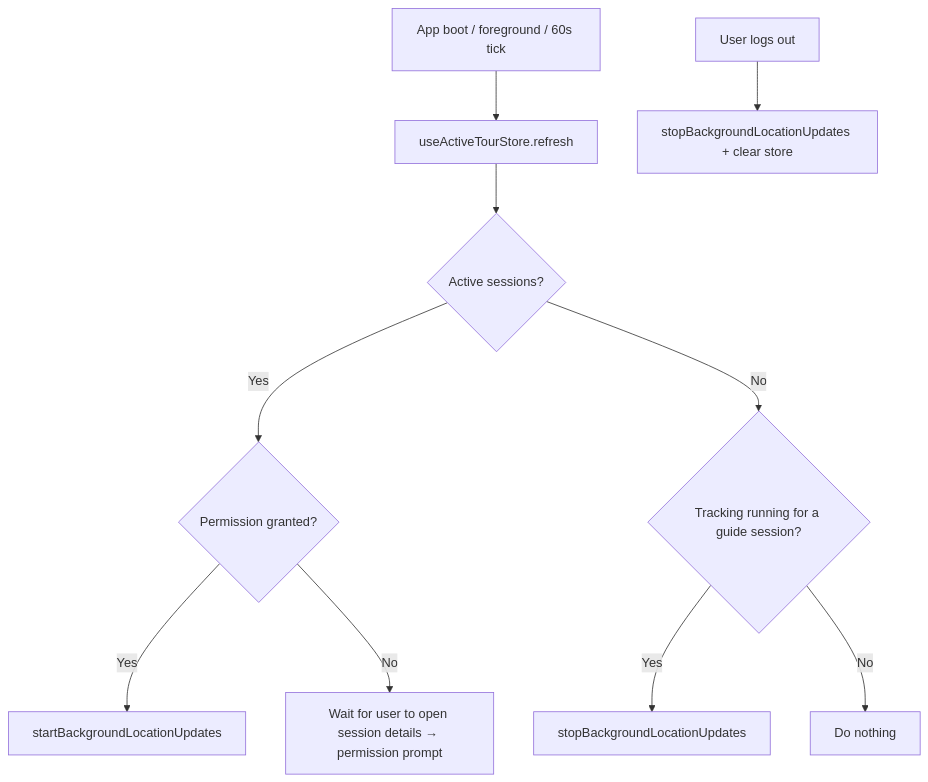
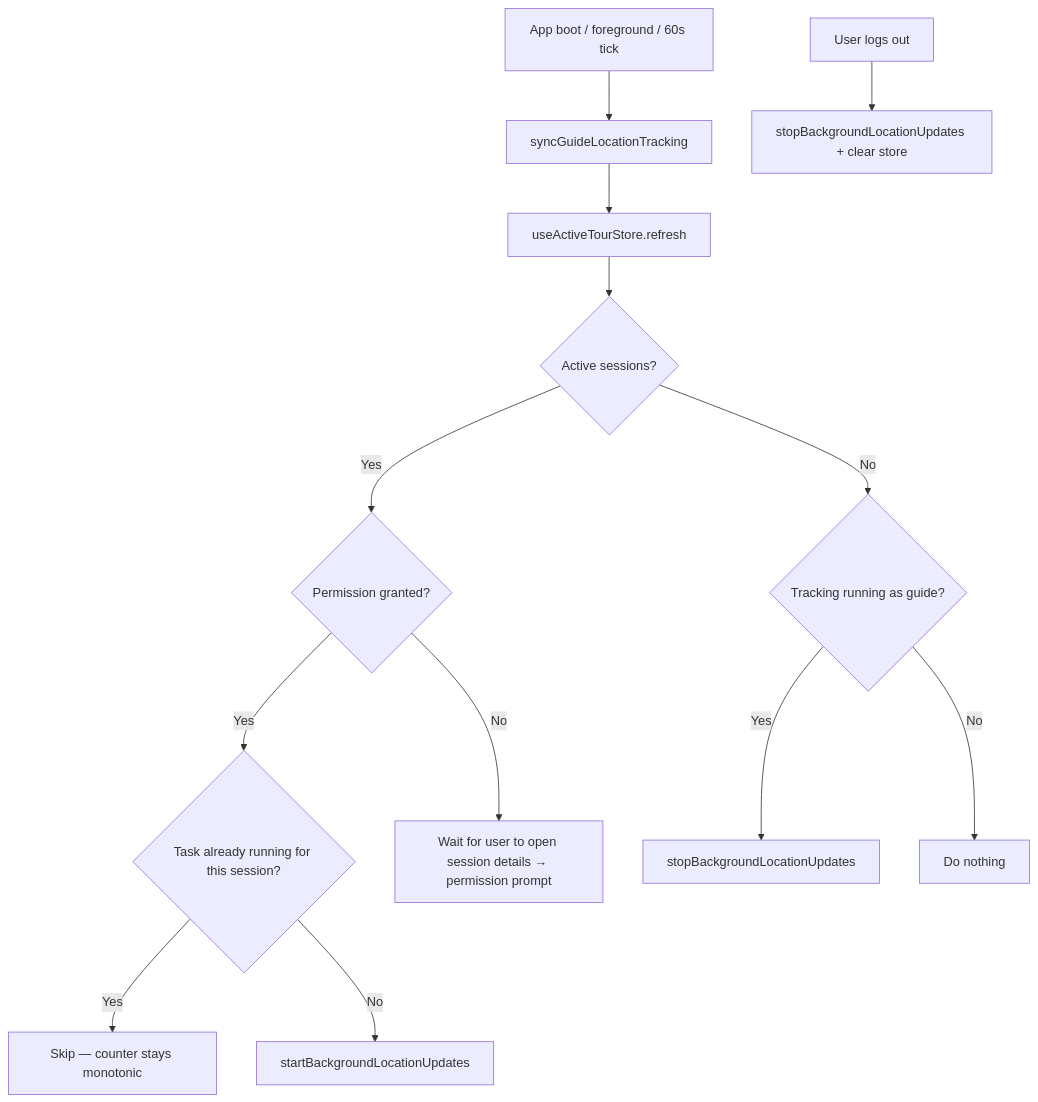
One commit to wariya-placehub/triptoe-docs changed the first of 4 diagrams in 9d_feature_location_tracking.md. Above: the diagram before and after it, drawn with Mermaid. The commit also changed other lines of this file and 1 other file, not shown here.

First line of the commit message:
Update location tracking docs for stateless task + layout-level sync

````diff
--- a/9d_feature_location_tracking.md
+++ b/9d_feature_location_tracking.md
@@ -40,13 +41,16 @@
 ```mermaid
 flowchart TD
-    BOOT[App boot / foreground / 60s tick] --> STORE[useActiveTourStore.refresh]
+    BOOT[App boot / foreground / 60s tick] --> SYNC[syncGuideLocationTracking]
+    SYNC --> STORE[useActiveTourStore.refresh]
     STORE --> ACTIVE{Active sessions?}
     ACTIVE -->|Yes| PERM{Permission granted?}
-    PERM -->|Yes| START[startBackgroundLocationUpdates]
+    PERM -->|Yes| REG{Task already running for this session?}
+    REG -->|Yes| NOOP1[Skip — counter stays monotonic]
+    REG -->|No| START[startBackgroundLocationUpdates]
     PERM -->|No| WAIT[Wait for user to open session details → permission prompt]
-    ACTIVE -->|No| PERSISTED{Tracking running for a guide session?}
+    ACTIVE -->|No| PERSISTED{Tracking running as guide?}
     PERSISTED -->|Yes| STOP[stopBackgroundLocationUpdates]
-    PERSISTED -->|No| NOOP[Do nothing]
+    PERSISTED -->|No| NOOP2[Do nothing]
 
     LOGOUT[User logs out] --> FORCE_STOP[stopBackgroundLocationUpdates + clear store]
 ```
````
